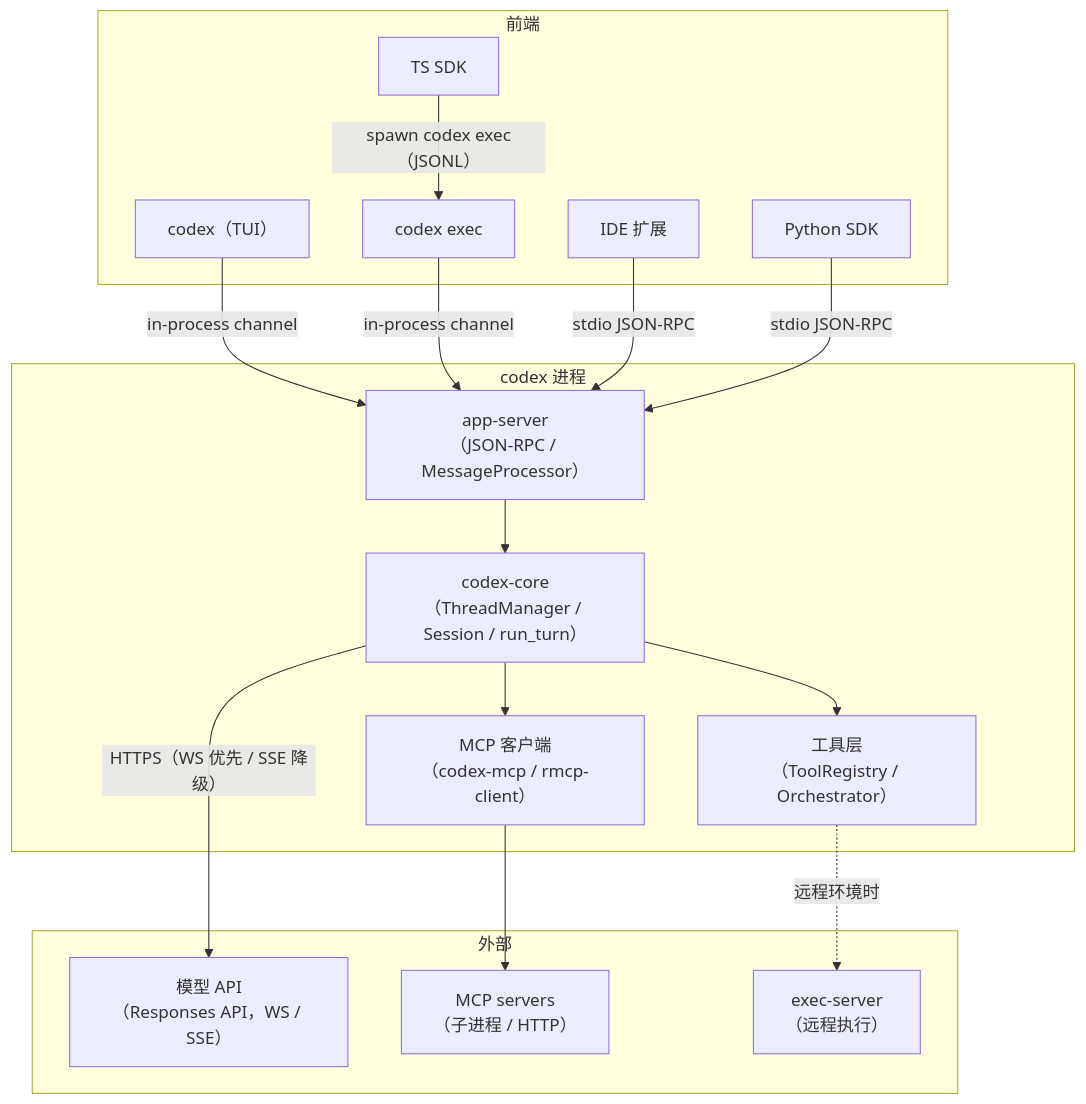
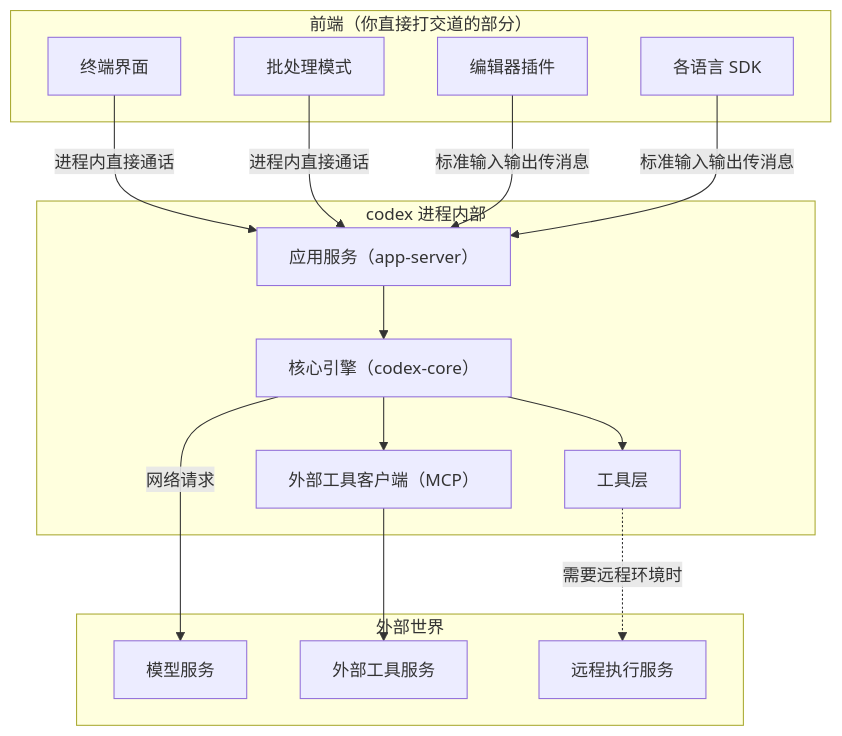
The diagram in src/part1/overview.md (13927/codex-book), drawn with Mermaid before and after one commit. The commit also changed other lines of this file, not shown here.

````diff
--- a/src/part1/overview.md
+++ b/src/part1/overview.md
@@ -32,35 +43,33 @@
 ```mermaid
 graph TD
-    subgraph FE["前端"]
-        TUI["codex（TUI）"]
-        EXEC["codex exec"]
-        IDE["IDE 扩展"]
-        TSSDK["TS SDK"]
-        PYSDK["Python SDK"]
+    subgraph FE["前端（你直接打交道的部分）"]
+        TUI["终端界面"]
+        EXEC["批处理模式"]
+        IDE["编辑器插件"]
+        SDK["各语言 SDK"]
     end
 
-    subgraph PROC["codex 进程"]
-        APPSRV["app-server<br/>（JSON-RPC / MessageProcessor）"]
-        CORE["codex-core<br/>（ThreadManager / Session / run_turn）"]
-        TOOLS["工具层<br/>（ToolRegistry / Orchestrator）"]
-        MCP["MCP 客户端<br/>（codex-mcp / rmcp-client）"]
+    subgraph PROC["codex 进程内部"]
+        APPSRV["应用服务（app-server）"]
+        CORE["核心引擎（codex-core）"]
+        TOOLS["工具层"]
+        MCP["外部工具客户端（MCP）"]
     end
 
-    subgraph EXT["外部"]
-        MODEL["模型 API<br/>（Responses API，WS / SSE）"]
-        MCPSRV["MCP servers<br/>（子进程 / HTTP）"]
-        EXECSRV["exec-server<br/>（远程执行）"]
+    subgraph EXT["外部世界"]
+        MODEL["模型服务"]
+        MCPSRV["外部工具服务"]
+        EXECSRV["远程执行服务"]
     end
 
-    TUI -- "in-process channel" --> APPSRV
-    EXEC -- "in-process channel" --> APPSRV
-    IDE -- "stdio JSON-RPC" --> APPSRV
-    PYSDK -- "stdio JSON-RPC" --> APPSRV
-    TSSDK -- "spawn codex exec（JSONL）" --> EXEC
+    TUI -- "进程内直接通话" --> APPSRV
+    EXEC -- "进程内直接通话" --> APPSRV
+    IDE -- "标准输入输出传消息" --> APPSRV
+    SDK -- "标准输入输出传消息" --> APPSRV
     APPSRV --> CORE
     CORE --> TOOLS
     CORE --> MCP
-    CORE -- "HTTPS（WS 优先 / SSE 降级）" --> MODEL
+    CORE -- "网络请求" --> MODEL
     MCP --> MCPSRV
-    TOOLS -. "远程环境时" .-> EXECSRV
+    TOOLS -. "需要远程环境时" .-> EXECSRV
 ```
````
